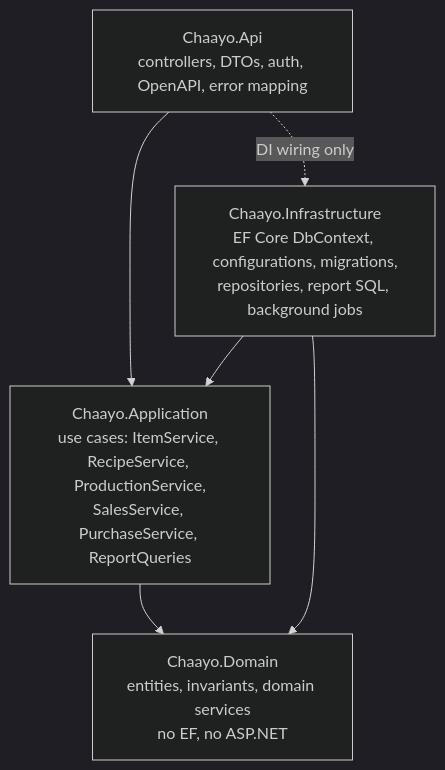
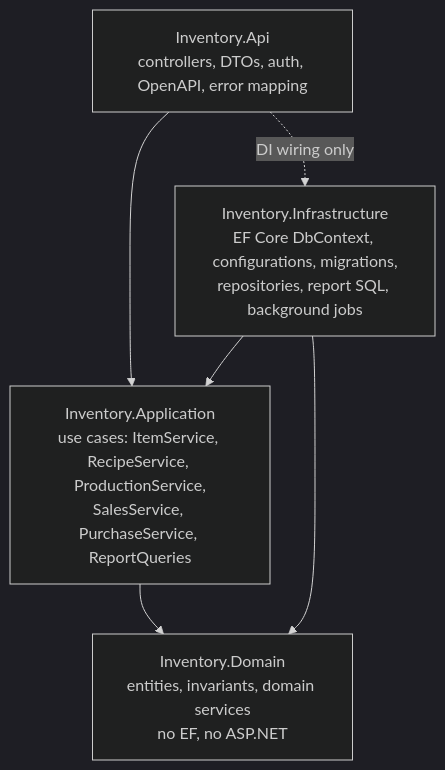
One commit to MahdiMoosavi-dev/Chaayo changed the fourth of 6 diagrams in docs/02-architecture.md. Above: the diagram before and after it, drawn with Mermaid (dark theme). The commit also changed other lines of this file and 12 other files, not shown here.

First line of the commit message:
chore: rename project from Chaayo to Inventory (اینونتوری) and add inventory-engineer agent

````diff
--- a/docs/02-architecture.md
+++ b/docs/02-architecture.md
@@ -82,13 +82,13 @@
 ```mermaid
 flowchart TB
-    Api["Chaayo.Api<br/>controllers, DTOs, auth, OpenAPI, error mapping"]
-    App["Chaayo.Application<br/>use cases: ItemService, RecipeService, ProductionService,<br/>SalesService, PurchaseService, ReportQueries"]
-    Dom["Chaayo.Domain<br/>entities, invariants, domain services<br/>no EF, no ASP.NET"]
-    Inf["Chaayo.Infrastructure<br/>EF Core DbContext, configurations, migrations,<br/>repositories, report SQL, background jobs"]
+    Api["Inventory.Api<br/>controllers, DTOs, auth, OpenAPI, error mapping"]
+    App["Inventory.Application<br/>use cases: ItemService, RecipeService, ProductionService,<br/>SalesService, PurchaseService, ReportQueries"]
+    Dom["Inventory.Domain<br/>entities, invariants, domain services<br/>no EF, no ASP.NET"]
+    Inf["Inventory.Infrastructure<br/>EF Core DbContext, configurations, migrations,<br/>repositories, report SQL, background jobs"]
 
     Api --> App
     App --> Dom
     Inf --> App
     Inf --> Dom
     Api -. "DI wiring only" .-> Inf
 ```
````
